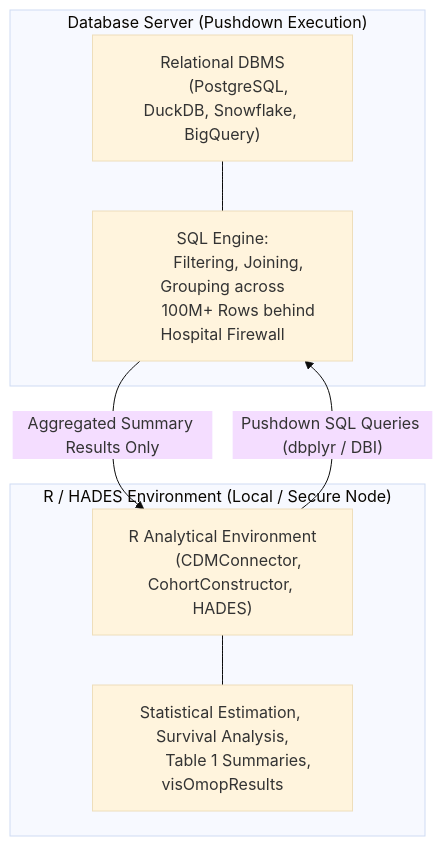
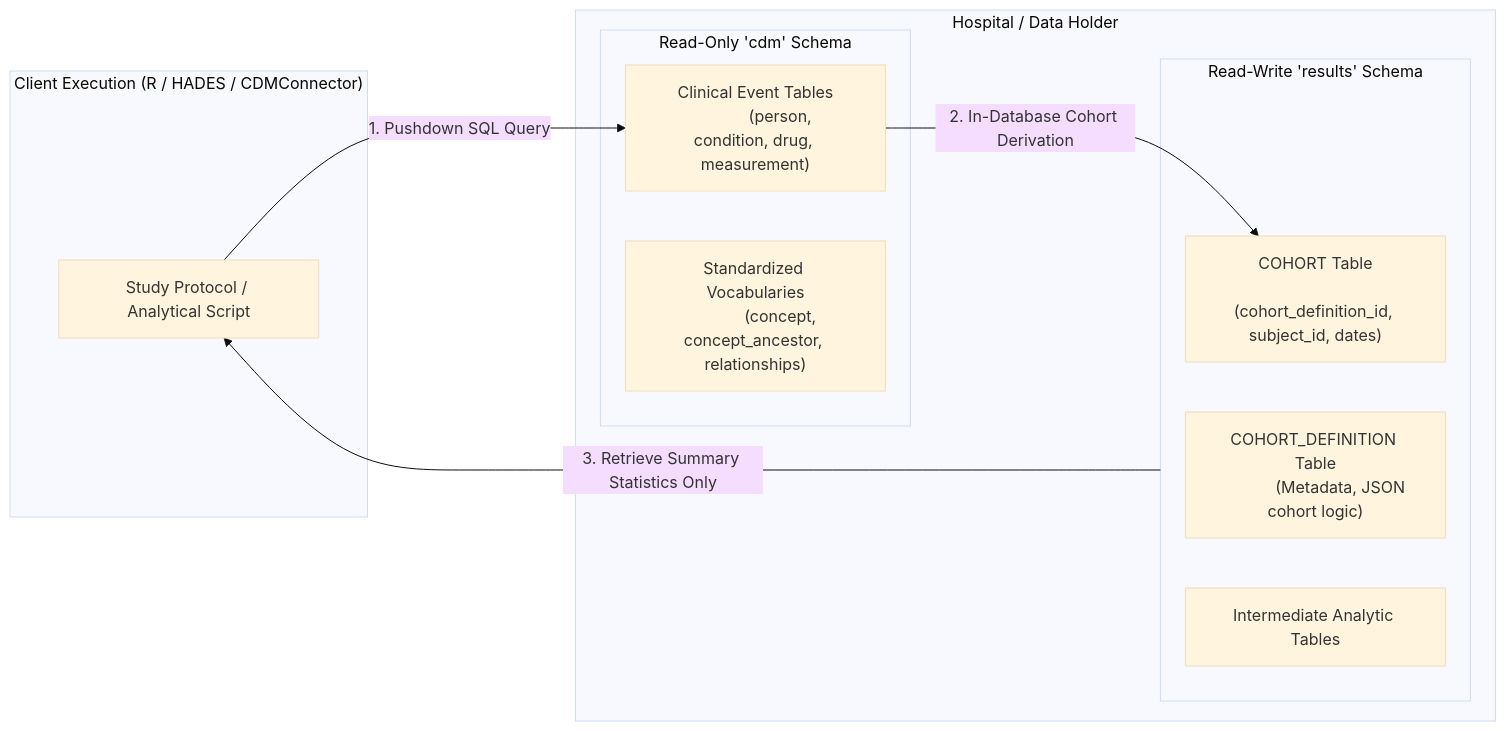
The second of 5 diagrams in docs/data_enablement/01_omop_cdm_architecture.md (iomedhealth/OmopAnalyticsGuide), drawn with Mermaid (base theme) before and after one commit. The commit also changed other lines of this file and 1 other file, not shown here.

Commit message:
docs: refine OMOP CDM architecture with narrative flow and pushdown examples

````diff
--- a/docs/data_enablement/01_omop_cdm_architecture.md
+++ b/docs/data_enablement/01_omop_cdm_architecture.md
@@ -53,22 +64,27 @@
 ```mermaid
-flowchart TD
-    subgraph DatabaseEngine["Database Server (Pushdown Execution)"]
-        DB["Relational DBMS
-        (PostgreSQL, DuckDB, Snowflake, BigQuery)"]
-        SQL["SQL Engine:
-        Filtering, Joining, Grouping across
-        100M+ Rows behind Hospital Firewall"]
-        DB --- SQL
+flowchart LR
+    subgraph AnalyticalClient["Client Execution (R / HADES / CDMConnector)"]
+        Script["Study Protocol / Analytical Script"]
+    end
+    
+    subgraph HospitalNode["Hospital / Data Holder"]
+        subgraph CDMSchema["Read-Only 'cdm' Schema"]
+            Clin["Clinical Event Tables
+            (person, condition, drug, measurement)"]
+            Vocab["Standardized Vocabularies
+            (concept, concept_ancestor, relationships)"]
+        end
+
+        subgraph ResultsSchema["Read-Write 'results' Schema"]
+            Coh["COHORT Table
+            (cohort_definition_id, subject_id, dates)"]
+            CohDef["COHORT_DEFINITION Table
+            (Metadata, JSON cohort logic)"]
+            Scratch["Intermediate Analytic Tables"]
+        end
     end
 
-    subgraph ClientEnv["R / HADES Environment (Local / Secure Node)"]
-        R["R Analytical Environment
-        (CDMConnector, CohortConstructor, HADES)"]
-        Stat["Statistical Estimation, Survival Analysis,
-        Table 1 Summaries, visOmopResults"]
-        R --- Stat
-    end
-
-    R -->|"Pushdown SQL Queries (dbplyr / DBI)"| SQL
-    SQL -->|"Aggregated Summary Results Only"| R
+    Script -->|"1. Pushdown SQL Query"| Clin
+    Clin -->|"2. In-Database Cohort Derivation"| Coh
+    ResultsSchema -->|"3. Retrieve Summary Statistics Only"| Script
 ```
````
